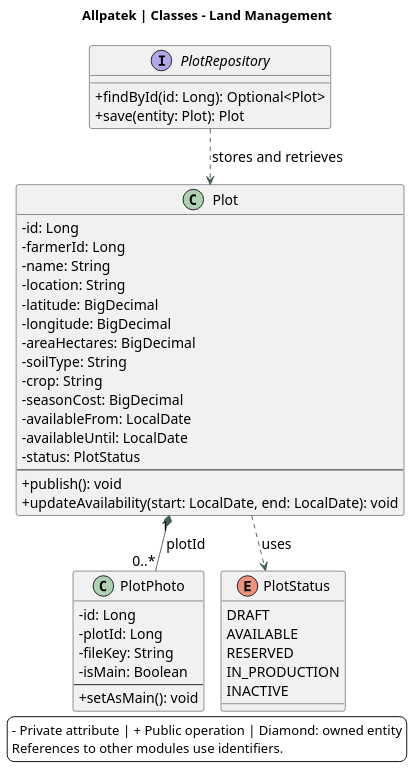
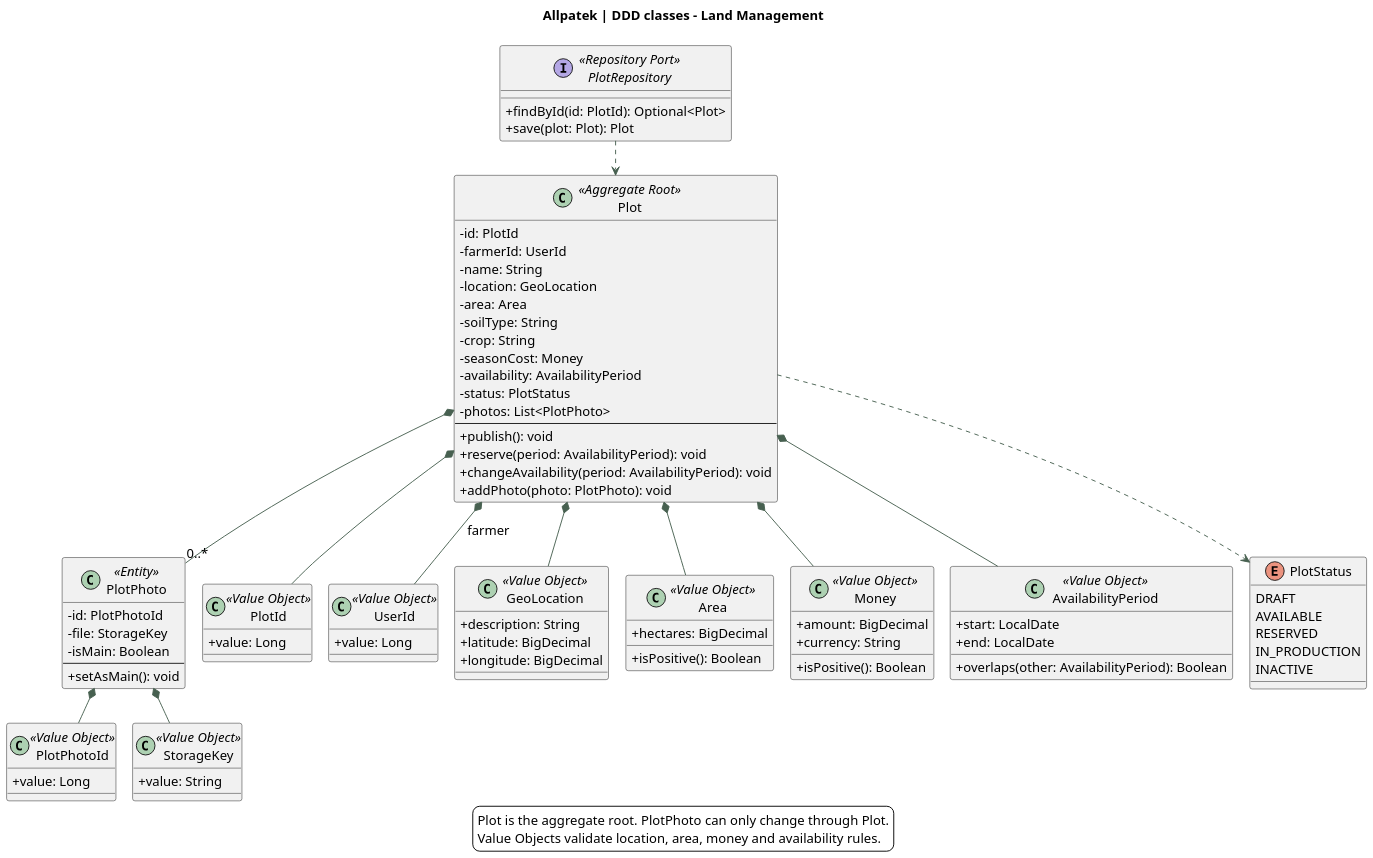
The diagram in assets/chapter-04/architecture/09-classes-plots.puml (upc-pre-202620-1asi0729-7753-Terranova/allpatek-report), drawn with PlantUML before and after one commit. The commit also changed 14 other files, not shown here.

Commit message:
docs(domain): align class diagrams with DDD value objects

```diff
--- a/assets/chapter-04/architecture/09-classes-plots.puml
+++ b/assets/chapter-04/architecture/09-classes-plots.puml
@@ -1,56 +1,101 @@
 @startuml
 !pragma layout smetana
 skinparam backgroundColor white
 skinparam defaultFontName SansSerif
-skinparam defaultFontSize 15
+skinparam defaultFontSize 14
 skinparam shadowing false
 skinparam classAttributeIconSize 0
 skinparam ArrowColor #476050
 skinparam dpi 140
-title Allpatek | Classes - Land Management
+title Allpatek | DDD classes - Land Management
 top to bottom direction
-class Plot {
- -id: Long
- -farmerId: Long
+
+class Plot <<Aggregate Root>> {
+ -id: PlotId
+ -farmerId: UserId
  -name: String
- -location: String
- -latitude: BigDecimal
- -longitude: BigDecimal
- -areaHectares: BigDecimal
+ -location: GeoLocation
+ -area: Area
  -soilType: String
  -crop: String
- -seasonCost: BigDecimal
- -availableFrom: LocalDate
- -availableUntil: LocalDate
+ -seasonCost: Money
+ -availability: AvailabilityPeriod
  -status: PlotStatus
+ -photos: List<PlotPhoto>
  --
-+publish(): void
-+updateAvailability(start: LocalDate, end: LocalDate): void
+ +publish(): void
+ +reserve(period: AvailabilityPeriod): void
+ +changeAvailability(period: AvailabilityPeriod): void
+ +addPhoto(photo: PlotPhoto): void
 }
-class PlotPhoto {
- -id: Long
- -plotId: Long
- -fileKey: String
+
+class PlotPhoto <<Entity>> {
+ -id: PlotPhotoId
+ -file: StorageKey
  -isMain: Boolean
  --
-+setAsMain(): void
+ +setAsMain(): void
 }
+
+class PlotId <<Value Object>> {
+ +value: Long
+}
+class PlotPhotoId <<Value Object>> {
+ +value: Long
+}
+class UserId <<Value Object>> {
+ +value: Long
+}
+class GeoLocation <<Value Object>> {
+ +description: String
+ +latitude: BigDecimal
+ +longitude: BigDecimal
+}
+class Area <<Value Object>> {
+ +hectares: BigDecimal
+ +isPositive(): Boolean
+}
+class Money <<Value Object>> {
+ +amount: BigDecimal
+ +currency: String
+ +isPositive(): Boolean
+}
+class AvailabilityPeriod <<Value Object>> {
+ +start: LocalDate
+ +end: LocalDate
+ +overlaps(other: AvailabilityPeriod): Boolean
+}
+class StorageKey <<Value Object>> {
+ +value: String
+}
+
 enum PlotStatus {
-DRAFT
-AVAILABLE
-RESERVED
-IN_PRODUCTION
-INACTIVE
+ DRAFT
+ AVAILABLE
+ RESERVED
+ IN_PRODUCTION
+ INACTIVE
 }
-Plot ..> PlotStatus : uses
-interface PlotRepository {
- +findById(id: Long): Optional<Plot>
- +save(entity: Plot): Plot
+
+interface PlotRepository <<Repository Port>> {
+ +findById(id: PlotId): Optional<Plot>
+ +save(plot: Plot): Plot
 }
-PlotRepository ..> Plot : stores and retrieves
-Plot "1" *-- "0..*" PlotPhoto : plotId
+
+Plot *-- PlotId
+Plot *-- UserId : farmer
+Plot *-- GeoLocation
+Plot *-- Area
+Plot *-- Money
+Plot *-- AvailabilityPeriod
+Plot *-- "0..*" PlotPhoto
+PlotPhoto *-- PlotPhotoId
+PlotPhoto *-- StorageKey
+Plot ..> PlotStatus
+PlotRepository ..> Plot
+
 legend bottom
-- Private attribute | + Public operation | Diamond: owned entity
-References to other modules use identifiers.
+Plot is the aggregate root. PlotPhoto can only change through Plot.
+Value Objects validate location, area, money and availability rules.
 endlegend
 @enduml
```
